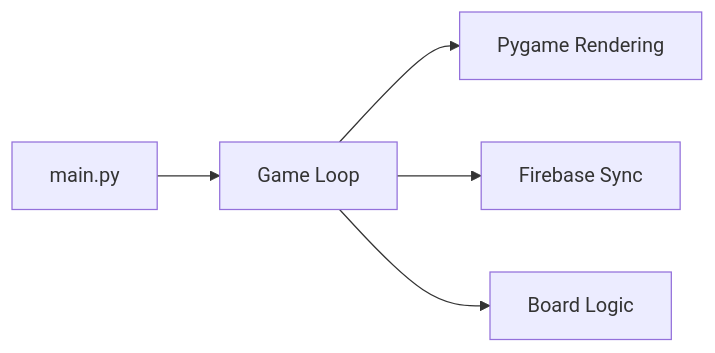
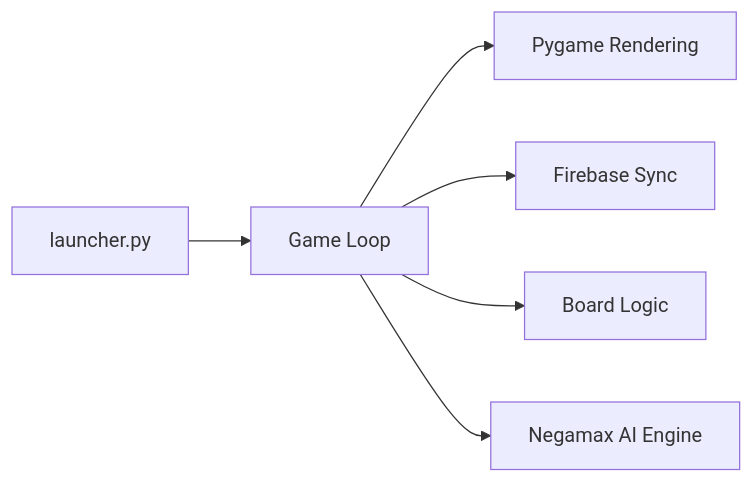
One commit to jerodmichel/rampart changed the diagram in README.md. Above: the diagram before and after it, drawn with Mermaid. The commit also changed other lines of this file, not shown here.

````diff
--- a/README.md
+++ b/README.md
@@ -73,7 +80,8 @@
 ```mermaid
 flowchart LR
-  A[main.py] --> B[Game Loop]
+  A[launcher.py] --> B[Game Loop]
   B --> C[Pygame Rendering]
   B --> D[Firebase Sync]
   B --> E[Board Logic]
+  B --> F[Negamax AI Engine]
 ```
````
